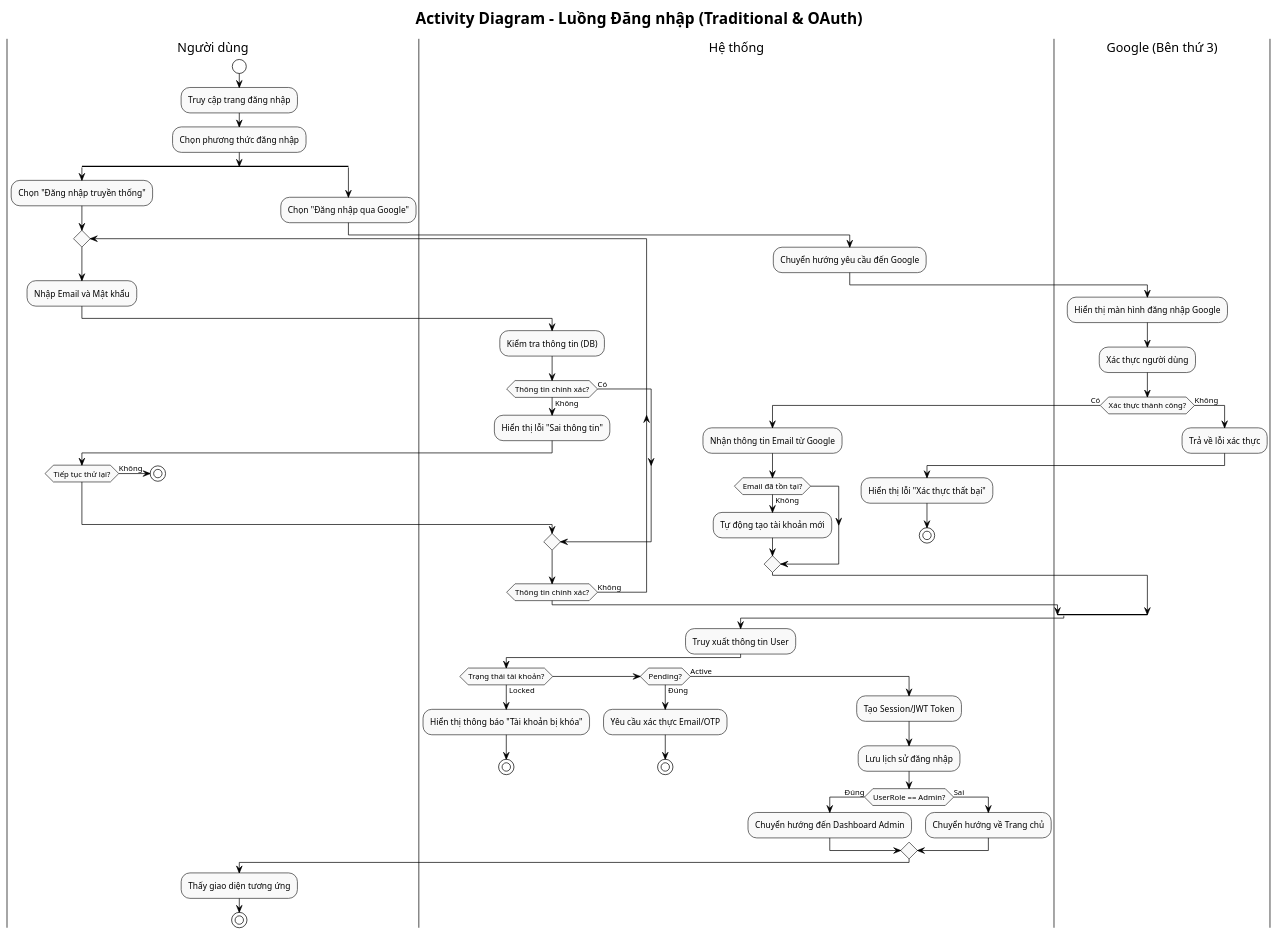
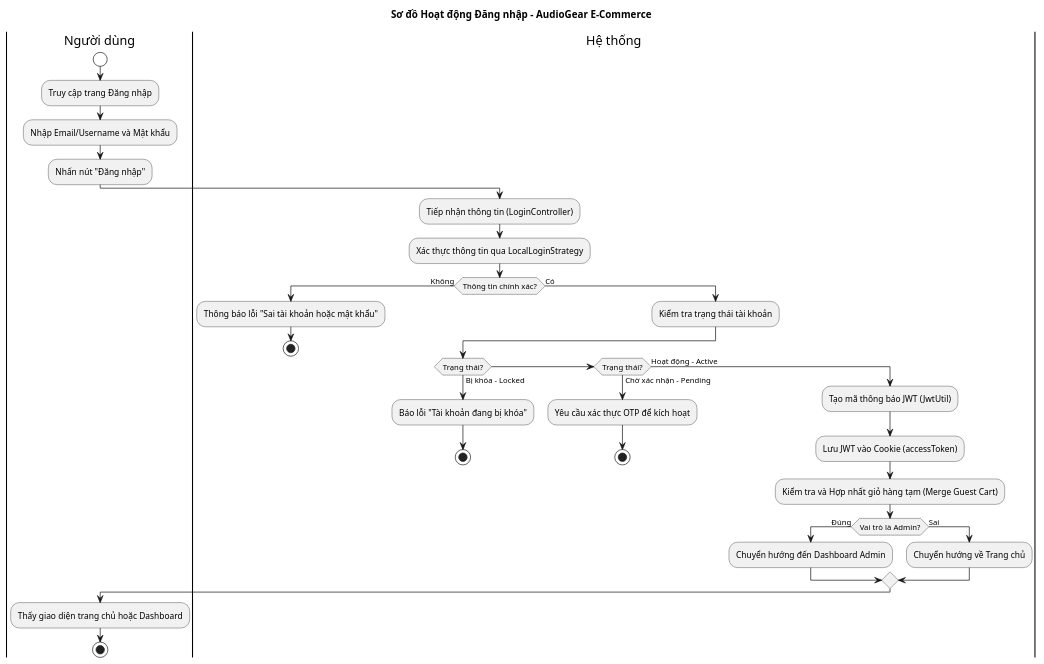
The diagram in src/Account/activity/activity_login.puml (trihieuvo/justFUML), drawn with PlantUML before and after one commit. The commit also changed 7 other files, not shown here.

First line of the commit message:
Refactor and standardize activity UML diagrams

```diff
--- a/src/Account/activity/activity_login.puml
+++ b/src/Account/activity/activity_login.puml
@@ -1,84 +1,45 @@
 @startuml
-!theme plain
-skinparam linetype ortho
-skinparam ActivityBackgroundColor #f9f9f9
-skinparam ActivityBorderColor #333333
+title Sơ đồ Hoạt động Đăng nhập - AudioGear E-Commerce
 
-title Activity Diagram - Luồng Đăng nhập (Traditional & OAuth)
+skinparam ActivityStartColor white
+skinparam ActivityEndColor white
 
 |Người dùng|
 start
-:Truy cập trang đăng nhập;
-:Chọn phương thức đăng nhập;
+:Truy cập trang Đăng nhập;
+:Nhập Email/Username và Mật khẩu;
+:Nhấn nút "Đăng nhập";
 
-split
-   :Chọn "Đăng nhập truyền thống";
-   repeat
-     :Nhập Email và Mật khẩu;
+|Hệ thống|
+:Tiếp nhận thông tin (LoginController);
+:Xác thực thông tin qua LocalLoginStrategy;
 
-     |Hệ thống|
-     :Kiểm tra thông tin (DB);
-     if (Thông tin chính xác?) then (Không)
-        :Hiển thị lỗi "Sai thông tin";
+if (Thông tin chính xác?) then (Không)
+    :Thông báo lỗi "Sai tài khoản hoặc mật khẩu";
+    stop
+else (Có)
+    :Kiểm tra trạng thái tài khoản;
+    if (Trạng thái?) then (Bị khóa - Locked)
+        :Báo lỗi "Tài khoản đang bị khóa";
+        stop
+    elseif (Trạng thái?) then (Chờ xác nhận - Pending)
+        :Yêu cầu xác thực OTP để kích hoạt;
+        stop
+    else (Hoạt động - Active)
+        :Tạo mã thông báo JWT (JwtUtil);
+        :Lưu JWT vào Cookie (accessToken);
+        :Kiểm tra và Hợp nhất giỏ hàng tạm (Merge Guest Cart);
 
-        |Người dùng|
-        if (Tiếp tục thử lại?) then (Không)
-           stop
+        if (Vai trò là Admin?) then (Đúng)
+            :Chuyển hướng đến Dashboard Admin;
+        else (Sai)
+            :Chuyển hướng về Trang chủ;
         endif
-     else (Có)
-        |Hệ thống|
-     endif
-   repeat while (Thông tin chính xác?) is (Không)
-
-split again
-   |Người dùng|
-   :Chọn "Đăng nhập qua Google";
-
-   |Hệ thống|
-   :Chuyển hướng yêu cầu đến Google;
-
-   |Google (Bên thứ 3)|
-   :Hiển thị màn hình đăng nhập Google;
-   :Xác thực người dùng;
-
-   if (Xác thực thành công?) then (Có)
-     |Hệ thống|
-     :Nhận thông tin Email từ Google;
-     if (Email đã tồn tại?) then (Không)
-       :Tự động tạo tài khoản mới;
-     endif
-   else (Không)
-     |Google (Bên thứ 3)|
-     :Trả về lỗi xác thực;
-
-     |Hệ thống|
-     :Hiển thị lỗi "Xác thực thất bại";
-     |Hệ thống|
-     stop
-   endif
-end split
-
-' --- Bước kiểm tra trạng thái chung ---
-|Hệ thống|
-:Truy xuất thông tin User;
-
-if (Trạng thái tài khoản?) then (Locked)
-  :Hiển thị thông báo "Tài khoản bị khóa";
-  stop
-elseif (Pending?) then (Đúng)
-  :Yêu cầu xác thực Email/OTP;
-  stop
-else (Active)
-  :Tạo Session/JWT Token;
-  :Lưu lịch sử đăng nhập;
-  if (UserRole == Admin?) then (Đúng)
-    :Chuyển hướng đến Dashboard Admin;
-  else (Sai)
-    :Chuyển hướng về Trang chủ;
-  endif
+    endif
 endif
 
 |Người dùng|
-:Thấy giao diện tương ứng;
+:Thấy giao diện trang chủ hoặc Dashboard;
+
 stop
 @enduml
```
